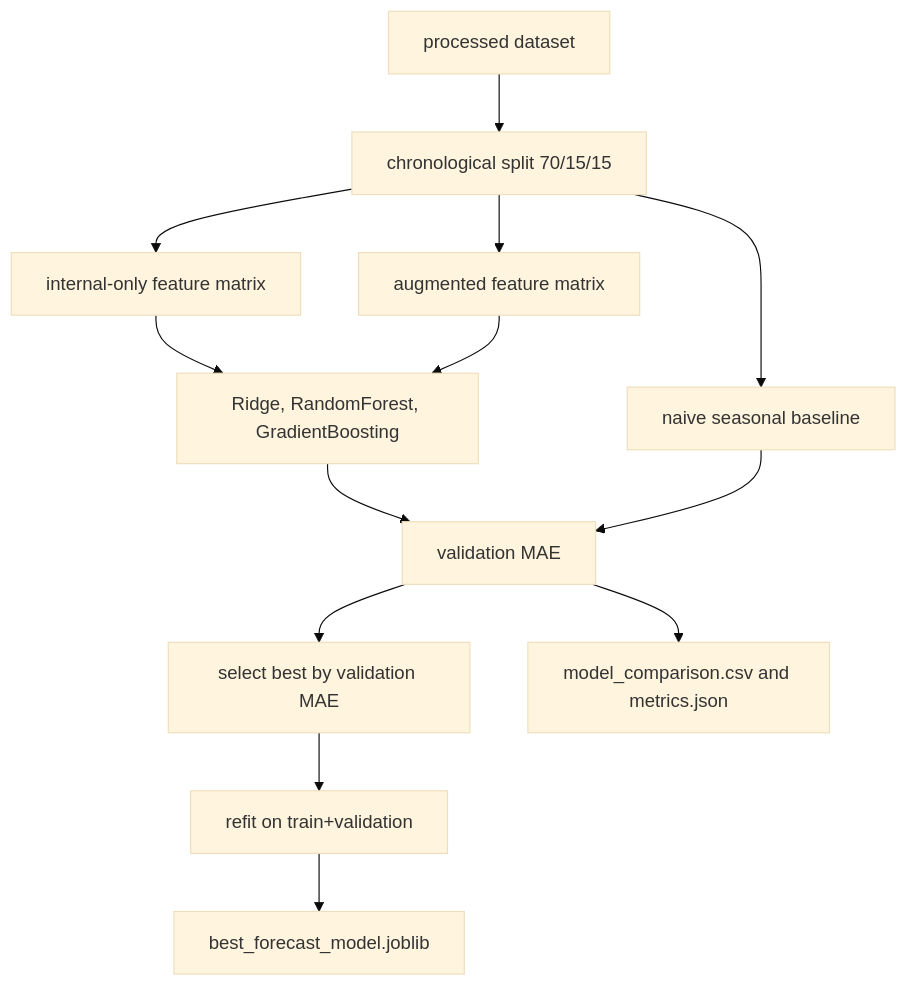
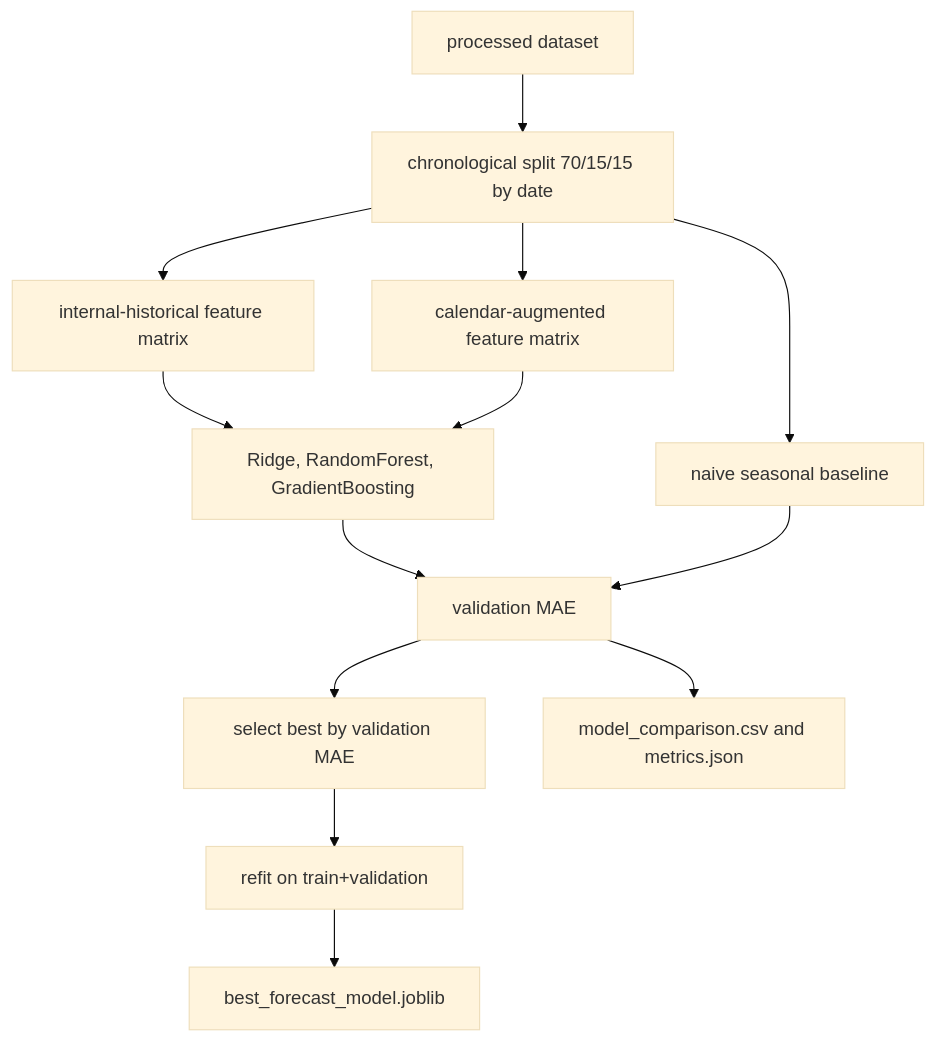
Before and after one commit to Nassar-Coding/Nassar-Coding.github.io: the second of 4 diagrams in public-signal-service-forecasting/docs/architecture.md, drawn with Mermaid (base theme). The commit also changed other lines of this file and 32 other files, not shown here.

````diff
--- a/public-signal-service-forecasting/docs/architecture.md
+++ b/public-signal-service-forecasting/docs/architecture.md
@@ -43,15 +43,15 @@
 ```mermaid
 flowchart TD
-    A[processed dataset] --> B[chronological split 70/15/15]
-    B --> C[internal-only feature matrix]
-    B --> D[augmented feature matrix]
+    A[processed dataset] --> B[chronological split 70/15/15 by date]
+    B --> C[internal-historical feature matrix]
+    B --> D[calendar-augmented feature matrix]
     C --> E[Ridge, RandomForest, GradientBoosting]
     D --> E
     B --> F[naive seasonal baseline]
     E --> G[validation MAE]
     F --> G
     G --> H[select best by validation MAE]
     H --> I[refit on train+validation]
     I --> J[best_forecast_model.joblib]
     G --> K[model_comparison.csv and metrics.json]
 ```
````
